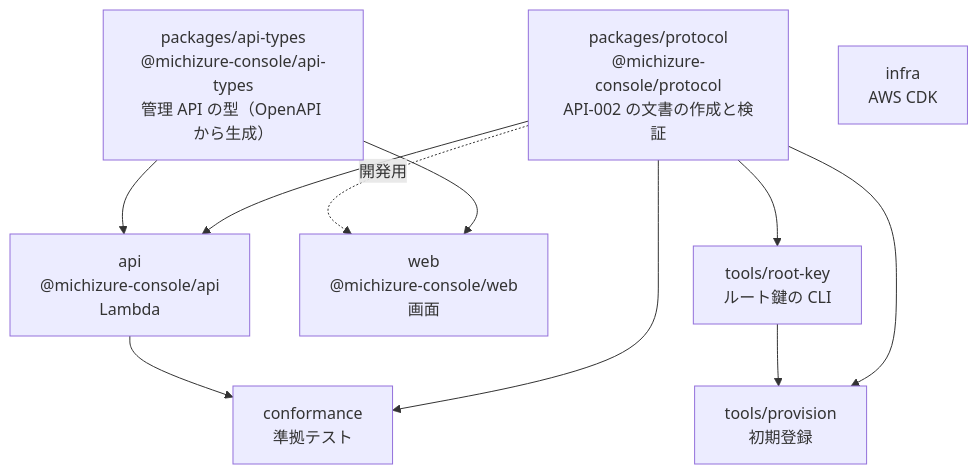
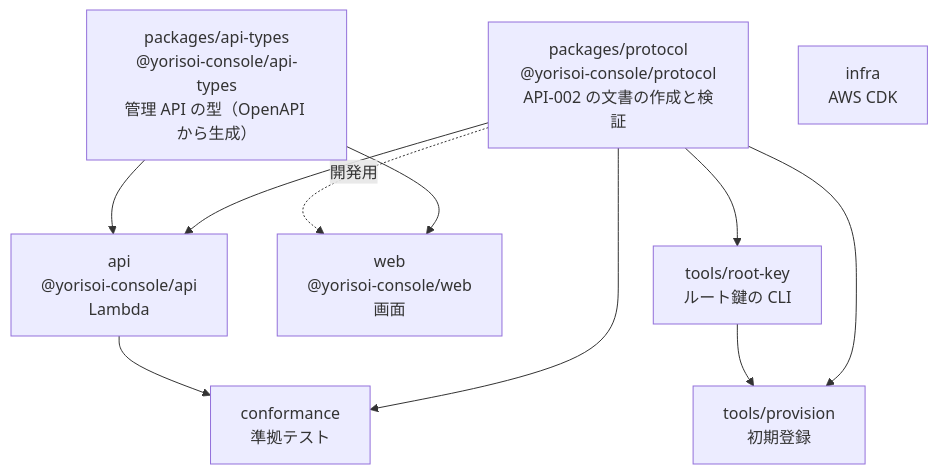
One commit to duwenji/yorisoi-tutorial changed the diagram in 07-typescript/02-workspaces.md. Above: the diagram before and after it, drawn with Mermaid. The commit also changed other lines of this file and 85 other files, not shown here.

````diff
--- a/07-typescript/02-workspaces.md
+++ b/07-typescript/02-workspaces.md
@@ -19,20 +19,20 @@
 ```mermaid
 flowchart TB
-    PROTO["packages/protocol<br/>@michizure-console/protocol<br/>API-002 の文書の作成と検証"]
-    TYPES["packages/api-types<br/>@michizure-console/api-types<br/>管理 API の型（OpenAPI から生成）"]
-    API["api<br/>@michizure-console/api<br/>Lambda"]
-    WEB["web<br/>@michizure-console/web<br/>画面"]
+    PROTO["packages/protocol<br/>@yorisoi-console/protocol<br/>API-002 の文書の作成と検証"]
+    TYPES["packages/api-types<br/>@yorisoi-console/api-types<br/>管理 API の型（OpenAPI から生成）"]
+    API["api<br/>@yorisoi-console/api<br/>Lambda"]
+    WEB["web<br/>@yorisoi-console/web<br/>画面"]
     CONF["conformance<br/>準拠テスト"]
     RK["tools/root-key<br/>ルート鍵の CLI"]
     PROV["tools/provision<br/>初期登録"]
     INFRA["infra<br/>AWS CDK"]
     PROTO --> API
     TYPES --> API
     TYPES --> WEB
     PROTO --> CONF
     API --> CONF
     PROTO --> RK
     PROTO --> PROV
     RK --> PROV
     PROTO -. 開発用 .-> WEB
 ```
````
